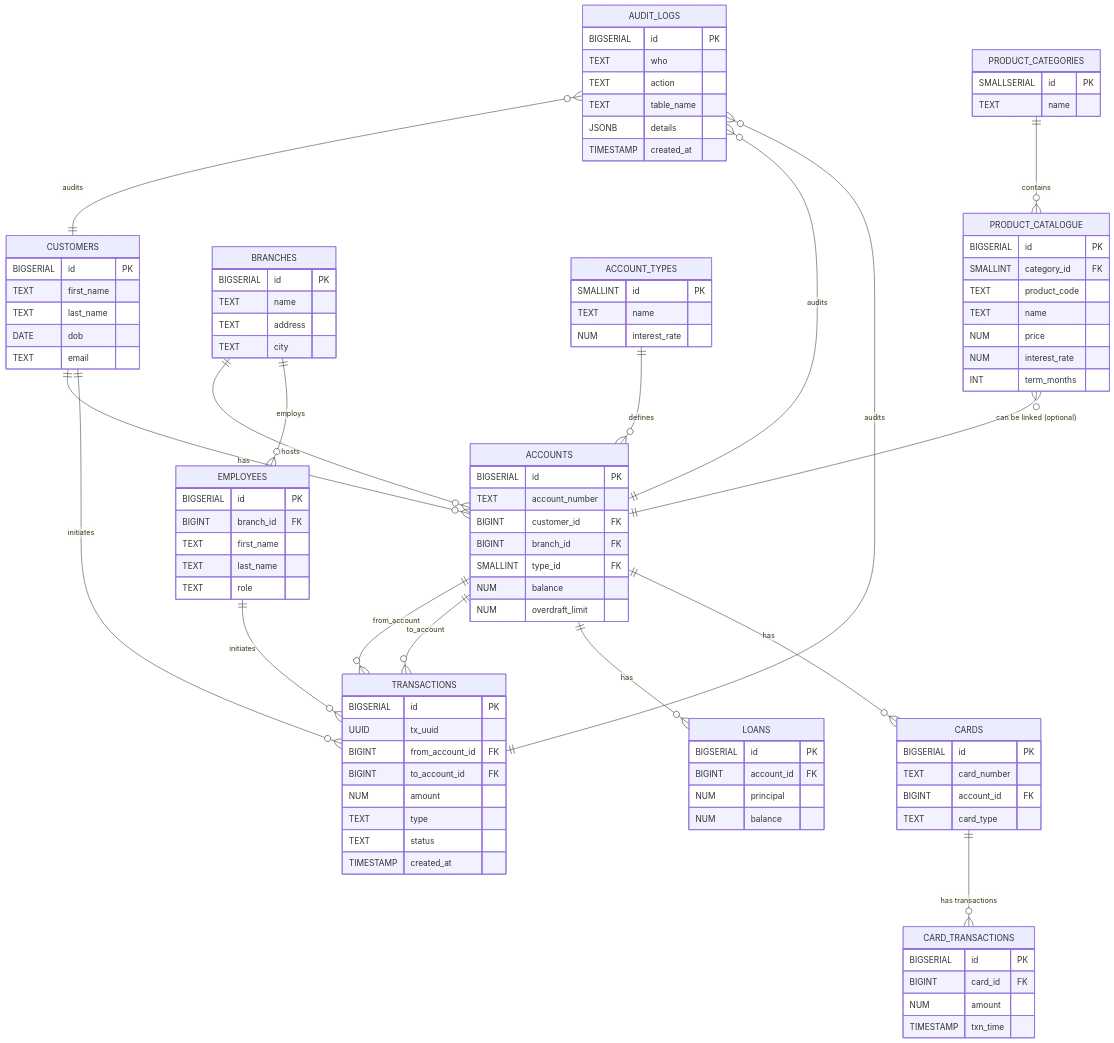
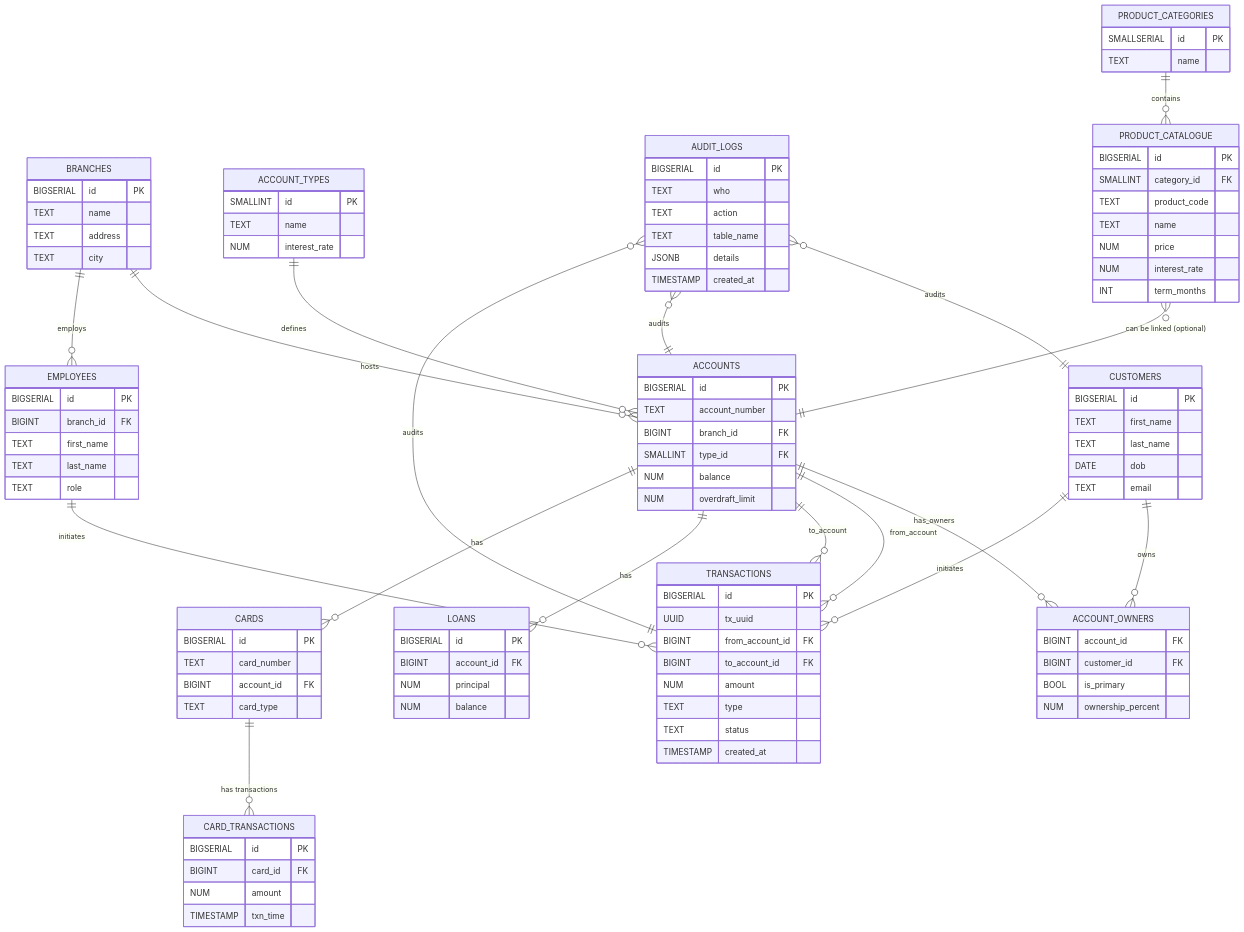
One commit to ssp67/SSPBank changed the diagram in docs/erd.mmd. Above: the diagram before and after it, drawn with Mermaid. The commit also changed 5 other files, not shown here.

Commit message:
Support multiple account owners: add account_owners join table, update schema, seeds, and ERD

```diff
--- a/docs/erd.mmd
+++ b/docs/erd.mmd
@@ -1,114 +1,121 @@
 erDiagram
     CUSTOMERS {
         BIGSERIAL id PK
         TEXT first_name
         TEXT last_name
         DATE dob
         TEXT email
     }
 
     BRANCHES {
         BIGSERIAL id PK
         TEXT name
         TEXT address
         TEXT city
     }
 
     EMPLOYEES {
         BIGSERIAL id PK
         BIGINT branch_id FK
         TEXT first_name
         TEXT last_name
         TEXT role
     }
 
     ACCOUNT_TYPES {
         SMALLINT id PK
         TEXT name
         NUM interest_rate
     }
 
     ACCOUNTS {
         BIGSERIAL id PK
         TEXT account_number
-        BIGINT customer_id FK
         BIGINT branch_id FK
         SMALLINT type_id FK
         NUM balance
         NUM overdraft_limit
+    }
+
+    ACCOUNT_OWNERS {
+        BIGINT account_id FK
+        BIGINT customer_id FK
+        BOOL is_primary
+        NUM ownership_percent
     }
 
     TRANSACTIONS {
         BIGSERIAL id PK
         UUID tx_uuid
         BIGINT from_account_id FK
         BIGINT to_account_id FK
         NUM amount
         TEXT type
         TEXT status
         TIMESTAMP created_at
     }
 
     LOANS {
         BIGSERIAL id PK
         BIGINT account_id FK
         NUM principal
         NUM balance
     }
 
     CARDS {
         BIGSERIAL id PK
         TEXT card_number
         BIGINT account_id FK
         TEXT card_type
     }
 
     CARD_TRANSACTIONS {
         BIGSERIAL id PK
         BIGINT card_id FK
         NUM amount
         TIMESTAMP txn_time
     }
 
     AUDIT_LOGS {
         BIGSERIAL id PK
         TEXT who
         TEXT action
         TEXT table_name
         JSONB details
         TIMESTAMP created_at
     }
 
-    CUSTOMERS ||--o{ ACCOUNTS : has
+    CUSTOMERS ||--o{ ACCOUNT_OWNERS : owns
+    ACCOUNTS ||--o{ ACCOUNT_OWNERS : has_owners
     BRANCHES ||--o{ ACCOUNTS : hosts
     ACCOUNT_TYPES ||--o{ ACCOUNTS : defines
     ACCOUNTS ||--o{ TRANSACTIONS : "from_account"
     ACCOUNTS ||--o{ TRANSACTIONS : "to_account"
     ACCOUNTS ||--o{ LOANS : has
     ACCOUNTS ||--o{ CARDS : has
     CARDS ||--o{ CARD_TRANSACTIONS : "has transactions"
     BRANCHES ||--o{ EMPLOYEES : employs
     EMPLOYEES ||--o{ TRANSACTIONS : initiates
     CUSTOMERS ||--o{ TRANSACTIONS : initiates
 
     AUDIT_LOGS }o--|| CUSTOMERS : "audits"
     AUDIT_LOGS }o--|| ACCOUNTS : "audits"
     AUDIT_LOGS }o--|| TRANSACTIONS : "audits"
 
     PRODUCT_CATEGORIES {
         SMALLSERIAL id PK
         TEXT name
     }
 
     PRODUCT_CATALOGUE {
         BIGSERIAL id PK
         SMALLINT category_id FK
         TEXT product_code
         TEXT name
         NUM price
         NUM interest_rate
         INT term_months
     }
 
     PRODUCT_CATEGORIES ||--o{ PRODUCT_CATALOGUE : contains
     PRODUCT_CATALOGUE }o--|| ACCOUNTS : "can be linked (optional)"
```
